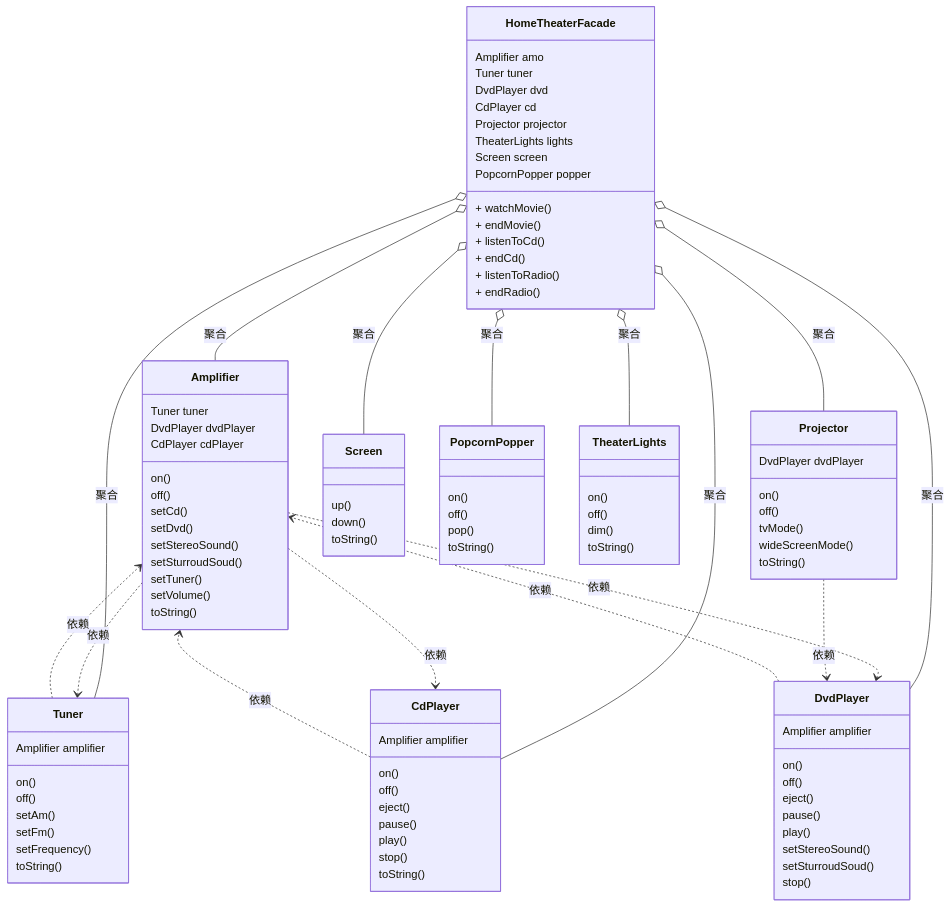
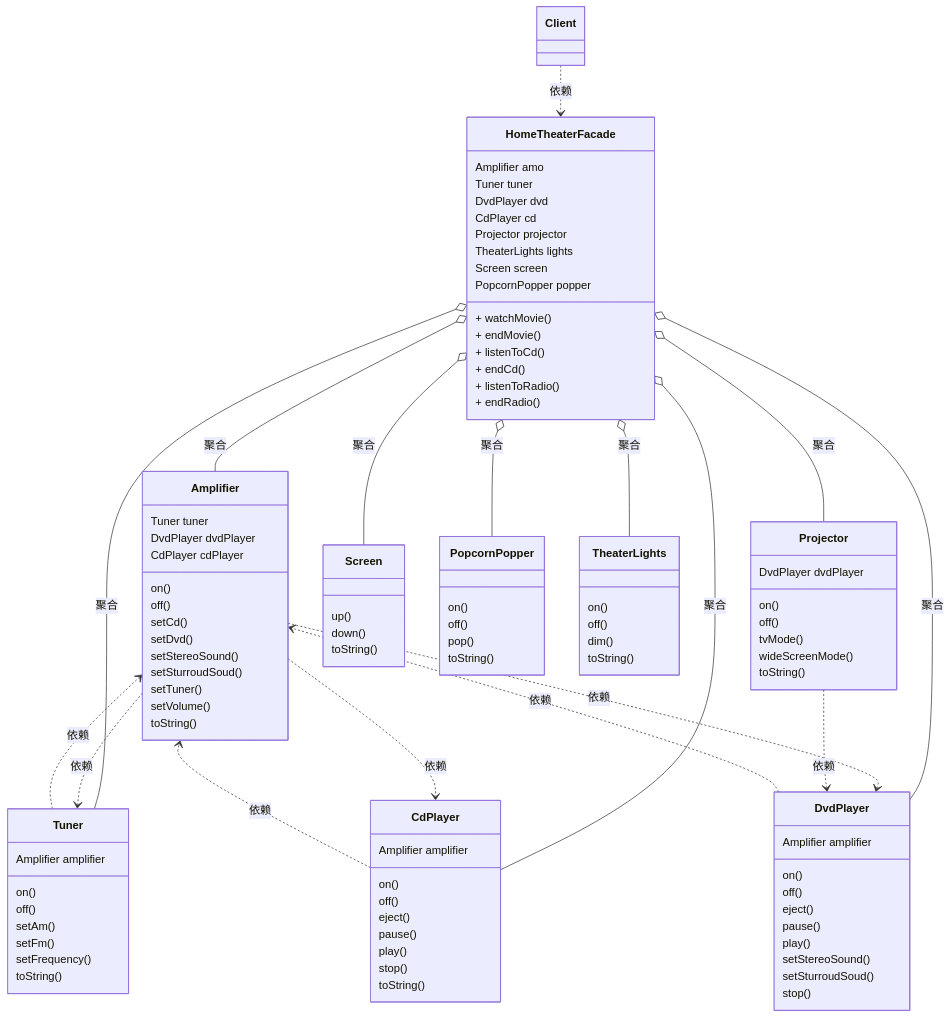
One commit to user-h/hdata-doc changed the fourth of 4 diagrams in docs/01.Java相关/04.设计模式/070.适配器模式与外观模式.md. Above: the diagram before and after it, drawn with Mermaid. The commit also changed other lines of this file and 7 other files, not shown here.

````diff
--- a/docs/01.Java相关/04.设计模式/070.适配器模式与外观模式.md
+++ b/docs/01.Java相关/04.设计模式/070.适配器模式与外观模式.md
@@ -318,4 +318,5 @@
 	DvdPlayer ..> Amplifier:依赖
 	CdPlayer ..> Amplifier:依赖
 	Projector ..> DvdPlayer:依赖
+    Client ..> HomeTheaterFacade : 依赖
 ```
````
